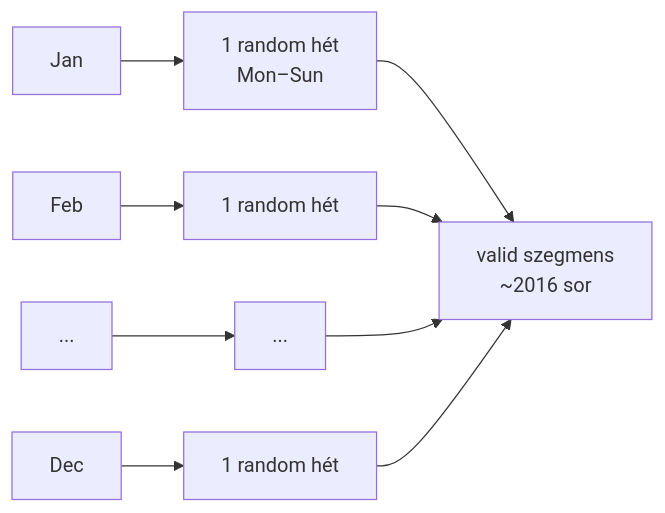
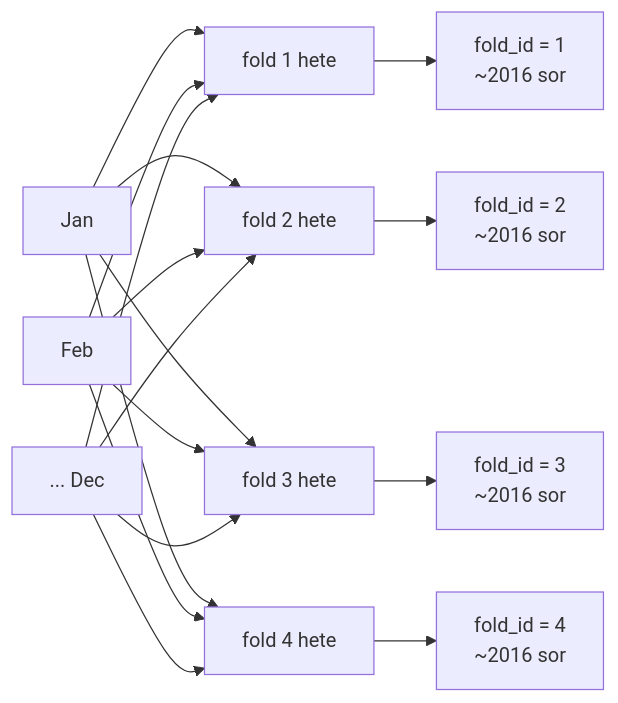
One commit to Nemesis14/chronoquant changed the fourth of 4 diagrams in _doc_/5010_sampling_yearly.md. Above: the diagram before and after it, drawn with Mermaid. The commit also changed other lines of this file and 1226 other files, not shown here.

````diff
--- a/_doc_/5010_sampling_yearly.md
+++ b/_doc_/5010_sampling_yearly.md
@@ -101,8 +108,10 @@
 ```mermaid
 flowchart LR
-  M1[Jan] --> W1[1 random hét\nMon–Sun]
-  M2[Feb] --> W2[1 random hét]
-  M3[...] --> W3[...]
-  M12[Dec] --> W12[1 random hét]
-  W1 & W2 & W3 & W12 --> VALID[valid szegmens\n~2016 sor]
+  M1[Jan] --> F1[fold 1 hete] & F2[fold 2 hete] & F3[fold 3 hete] & F4[fold 4 hete]
+  M2[Feb] --> F1 & F2 & F3 & F4
+  M12[... Dec] --> F1 & F2 & F3 & F4
+  F1 --> FOLD1[fold_id = 1\n~2016 sor]
+  F2 --> FOLD2[fold_id = 2\n~2016 sor]
+  F3 --> FOLD3[fold_id = 3\n~2016 sor]
+  F4 --> FOLD4[fold_id = 4\n~2016 sor]
 ```
````
